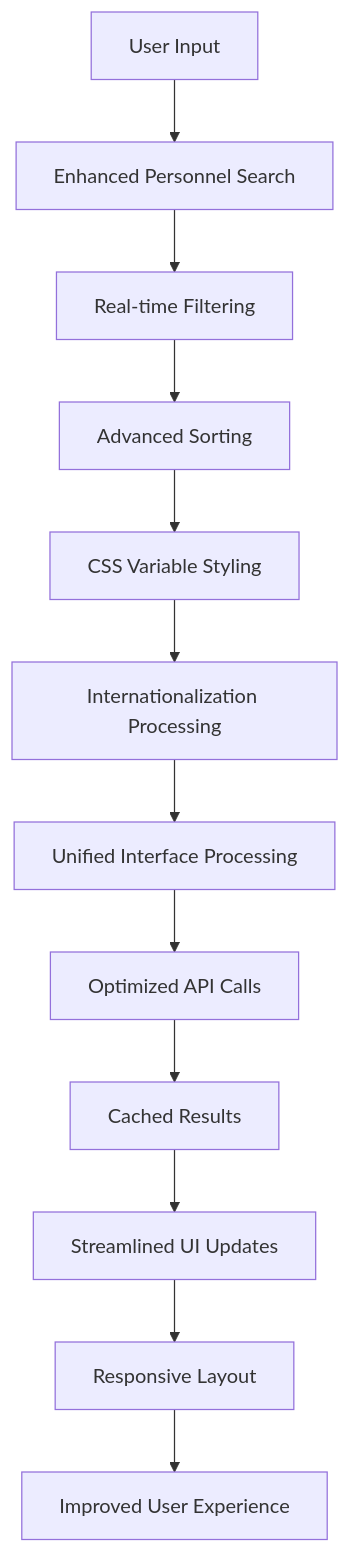
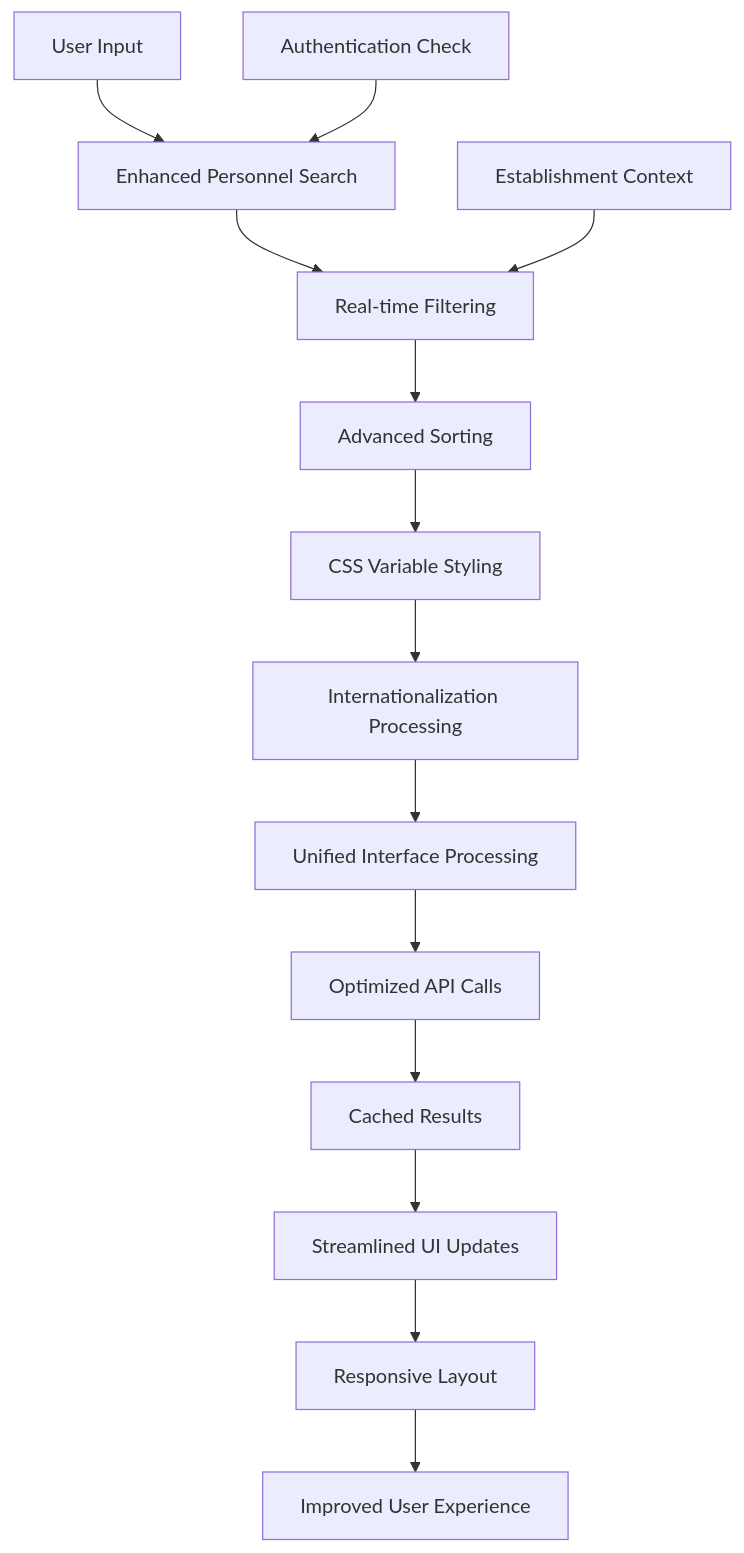
Before and after one commit to franckylab/eLISAschool: the eighth of 10 diagrams in .qoder/repowiki/en/content/Human Resources Management/Personnel Administration/Organizational Structure.md, drawn with Mermaid. The commit also changed other lines of this file and 49 other files, not shown here.

````diff
--- a/.qoder/repowiki/en/content/Human Resources Management/Personnel Administration/Organizational Structure.md
+++ b/.qoder/repowiki/en/content/Human Resources Management/Personnel Administration/Organizational Structure.md
@@ -417,14 +449,16 @@
 ```mermaid
 flowchart TD
 A["User Input"] --> B["Enhanced Personnel Search"]
 B --> C["Real-time Filtering"]
 C --> D["Advanced Sorting"]
 D --> E["CSS Variable Styling"]
 E --> F["Internationalization Processing"]
 F --> G["Unified Interface Processing"]
 G --> H["Optimized API Calls"]
 H --> I["Cached Results"]
 I --> J["Streamlined UI Updates"]
 J --> K["Responsive Layout"]
 K --> L["Improved User Experience"]
+M["Authentication Check"] --> B
+N["Establishment Context"] --> C
 ```
````
